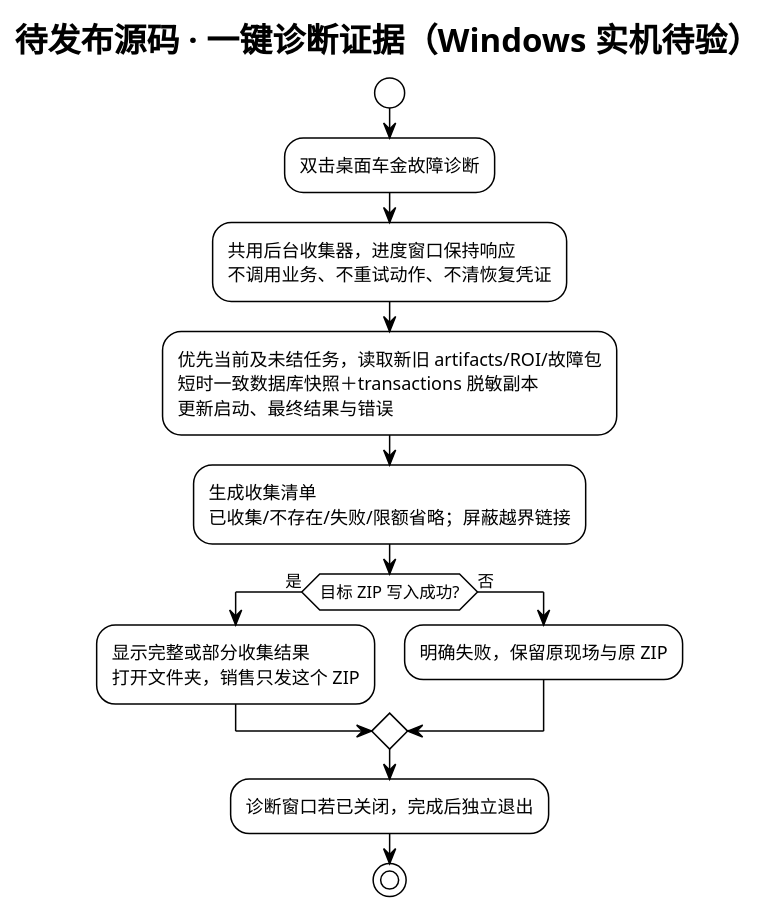
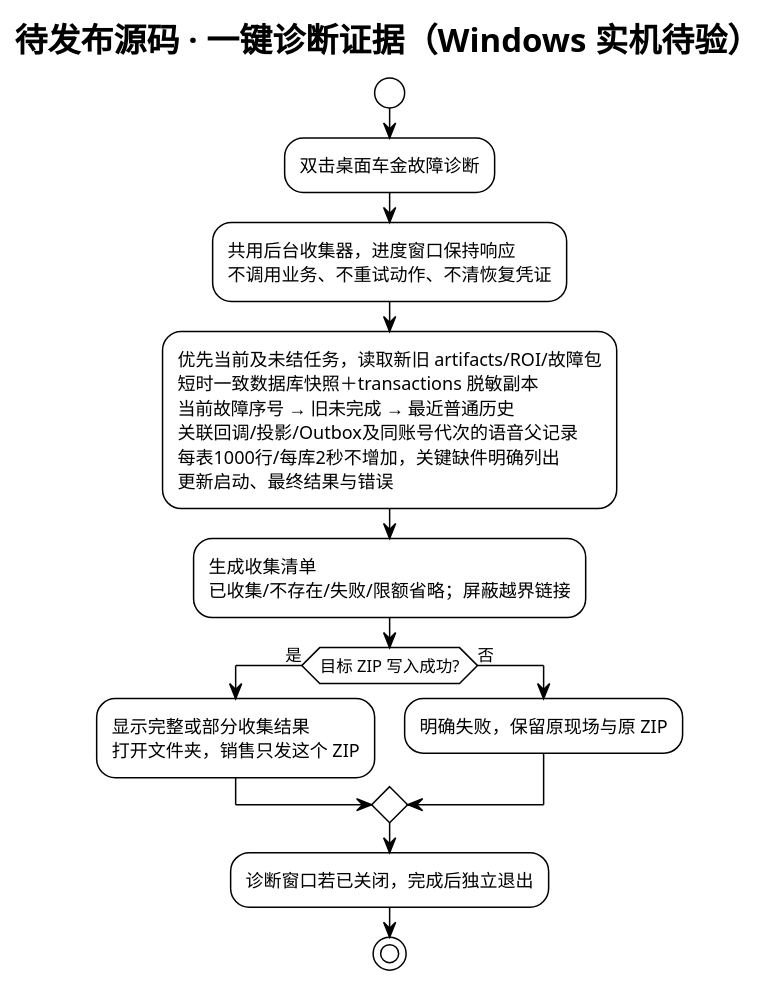
One commit to edwardzhang0304/chejin-ai-sales changed the fifth of 6 diagrams in deliverables/AI智能客服售前跟进系统_全流程图_v0.10.18.puml. Above: the diagram before and after it, drawn with PlantUML. The commit also changed other lines of this file and 17 other files, not shown here.

```diff
--- a/deliverables/AI智能客服售前跟进系统_全流程图_v0.10.18.puml
+++ b/deliverables/AI智能客服售前跟进系统_全流程图_v0.10.18.puml
@@ -470,21 +472,24 @@
 @startuml support_fault_evidence
 !theme plain
 title 待发布源码 · 一键诊断证据（Windows 实机待验）
 start
 :双击桌面车金故障诊断;
 :共用后台收集器，进度窗口保持响应
 不调用业务、不重试动作、不清恢复凭证;
 :优先当前及未结任务，读取新旧 artifacts/ROI/故障包
 短时一致数据库快照＋transactions 脱敏副本
+当前故障序号 → 旧未完成 → 最近普通历史
+关联回调/投影/Outbox及同账号代次的语音父记录
+每表1000行/每库2秒不增加，关键缺件明确列出
 更新启动、最终结果与错误;
 :生成收集清单
 已收集/不存在/失败/限额省略；屏蔽越界链接;
 if (目标 ZIP 写入成功?) then (是)
   :显示完整或部分收集结果
 打开文件夹，销售只发这个 ZIP;
 else (否)
   :明确失败，保留原现场与原 ZIP;
 endif
 :诊断窗口若已关闭，完成后独立退出;
 stop
 @enduml
```
